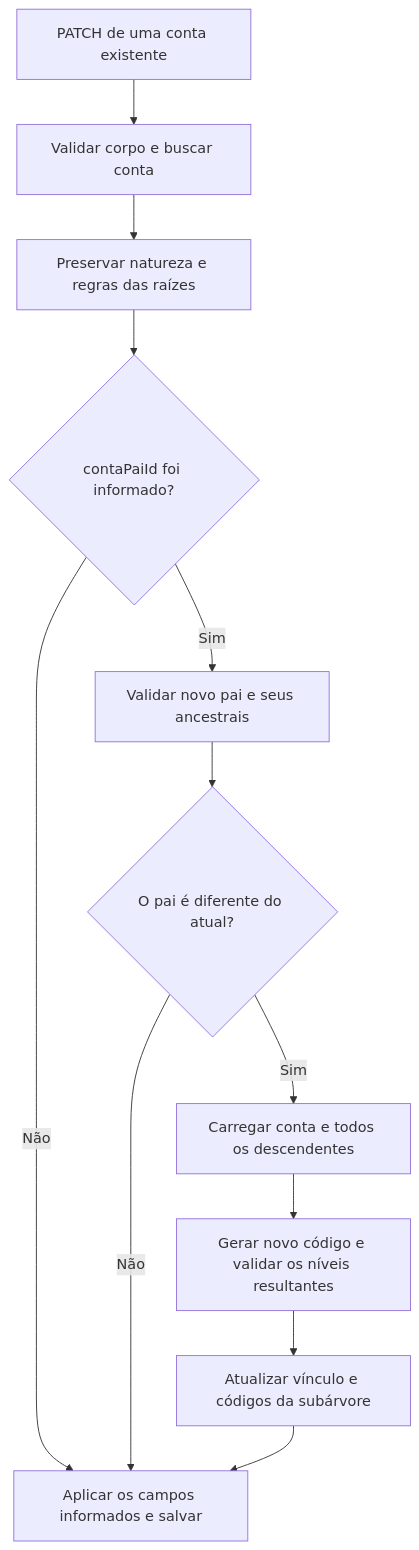
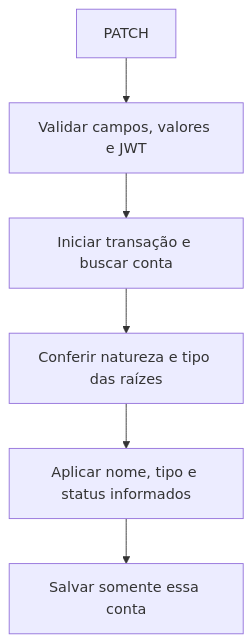
One commit to AndreLuizdeLima/Projeto-Financeiro-FullStack changed the second of 2 diagrams in backend/docs/plano-de-contas.md. Above: the diagram before and after it, drawn with Mermaid. The commit also changed other lines of this file and 7 other files, not shown here.

````diff
--- a/backend/docs/plano-de-contas.md
+++ b/backend/docs/plano-de-contas.md
@@ -197,14 +180,8 @@
 ```mermaid
 flowchart TD
-    A[PATCH de uma conta existente] --> B[Validar corpo e buscar conta]
-    B --> C[Preservar natureza e regras das raízes]
-    C --> D{contaPaiId foi informado?}
-    D -- Não --> E[Aplicar os campos informados e salvar]
-    D -- Sim --> F[Validar novo pai e seus ancestrais]
-    F --> G{O pai é diferente do atual?}
-    G -- Não --> E
-    G -- Sim --> H[Carregar conta e todos os descendentes]
-    H --> I[Gerar novo código e validar os níveis resultantes]
-    I --> J[Atualizar vínculo e códigos da subárvore]
-    J --> E
+    A[PATCH] --> B[Validar campos, valores e JWT]
+    B --> C[Iniciar transação e buscar conta]
+    C --> D[Conferir natureza e tipo das raízes]
+    D --> E[Aplicar nome, tipo e status informados]
+    E --> F[Salvar somente essa conta]
 ```
````
